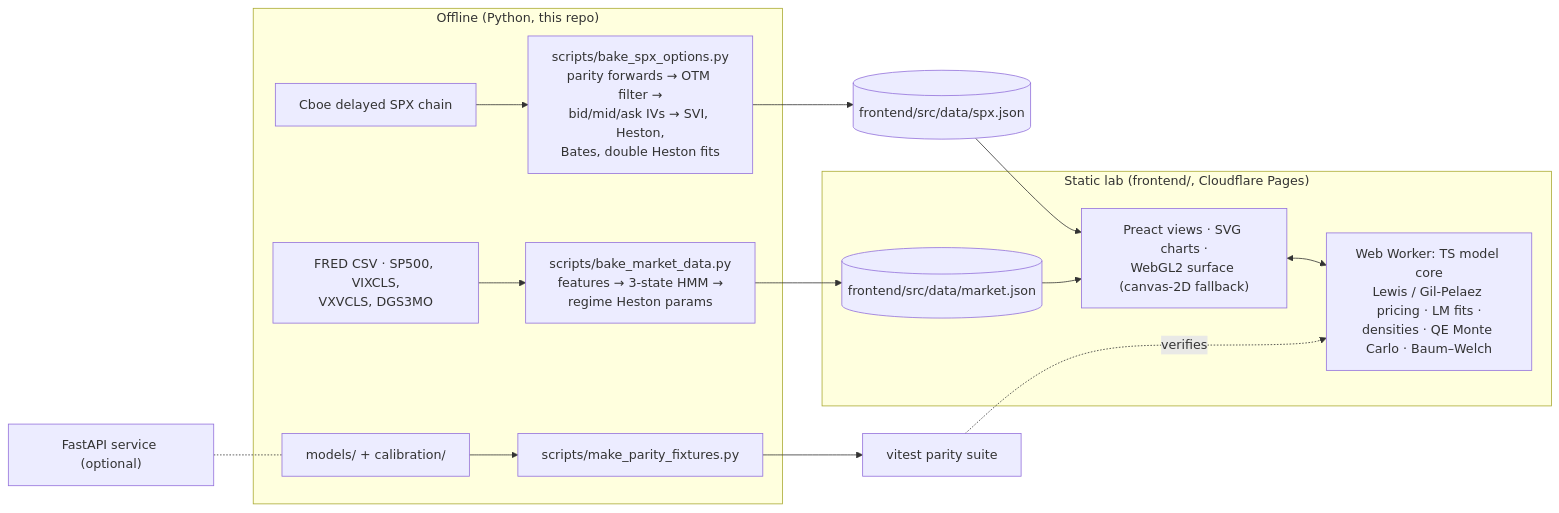
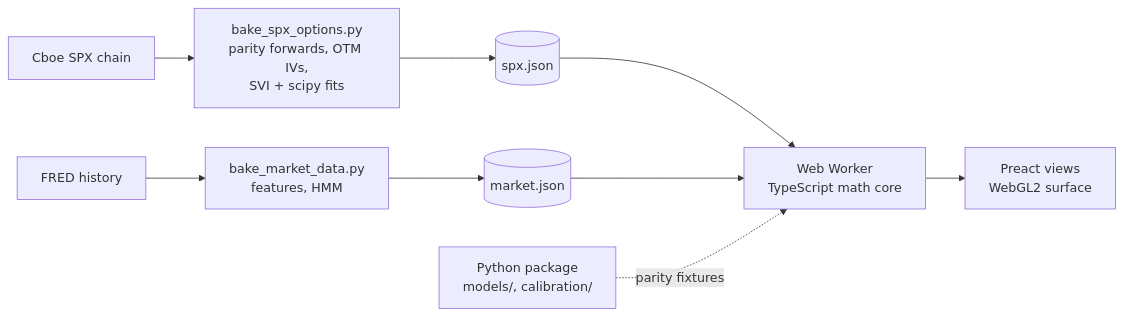
One commit to austxu/heston-regime-lab changed the diagram in README.md. Above: the diagram before and after it, drawn with Mermaid. The commit also changed other lines of this file and 8 other files, not shown here.

First line of the commit message:
Rewrite the README around the live lab, results and architecture

````diff
--- a/README.md
+++ b/README.md
@@ -23,18 +69,8 @@
 ```mermaid
 flowchart LR
-  subgraph offline["Offline (Python, this repo)"]
-    FRED["FRED CSV · SP500, VIXCLS,<br/>VXVCLS, DGS3MO"] --> BAKE["scripts/bake_market_data.py<br/>features → 3-state HMM →<br/>regime Heston params"]
-    CBOE["Cboe delayed SPX chain"] --> BAKEO["scripts/bake_spx_options.py<br/>parity forwards → OTM filter →<br/>bid/mid/ask IVs → SVI, Heston,<br/>Bates, double Heston fits"]
-    PY["models/ + calibration/"] --> FIX["scripts/make_parity_fixtures.py"]
-  end
-  BAKE --> JSON[("frontend/src/data/market.json")]
-  BAKEO --> SPX[("frontend/src/data/spx.json")]
-  SPX --> UI
-  FIX --> TESTS["vitest parity suite"]
-  subgraph browser["Static lab (frontend/, Cloudflare Pages)"]
-    JSON --> UI["Preact views · SVG charts ·<br/>WebGL2 surface (canvas-2D fallback)"]
-    UI <--> W["Web Worker: TS model core<br/>Lewis / Gil-Pelaez pricing · LM fits ·<br/>densities · QE Monte Carlo · Baum–Welch"]
-  end
-  TESTS -. verifies .-> W
-  API["FastAPI service (optional)"] -.- PY
+  CBOE["Cboe SPX chain"] --> BAKE["bake_spx_options.py<br/>parity forwards, OTM IVs,<br/>SVI + scipy fits"] --> SPX[("spx.json")]
+  FRED["FRED history"] --> BAKEH["bake_market_data.py<br/>features, HMM"] --> MKT[("market.json")]
+  SPX --> W["Web Worker<br/>TypeScript math core"] --> UI["Preact views<br/>WebGL2 surface"]
+  MKT --> W
+  PY["Python package<br/>models/, calibration/"] -.-> |parity fixtures| W
 ```
````
